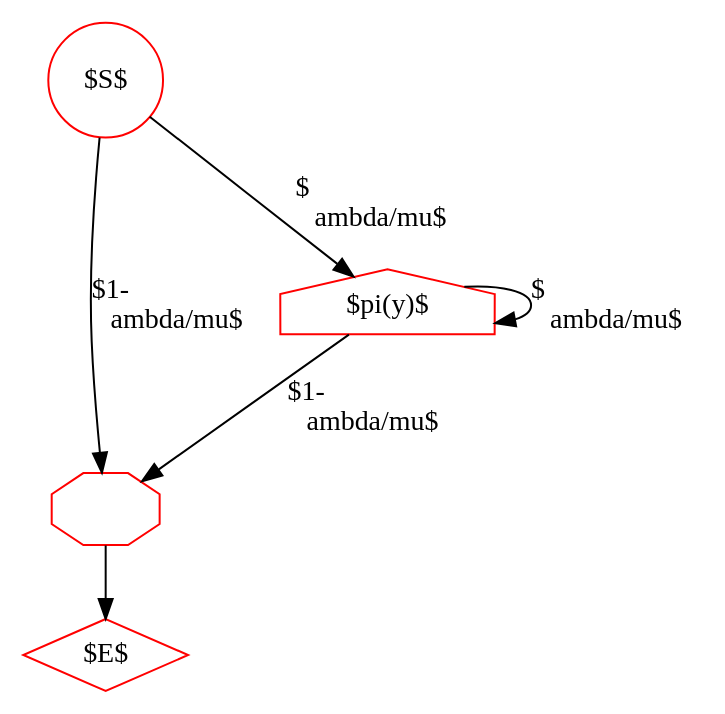
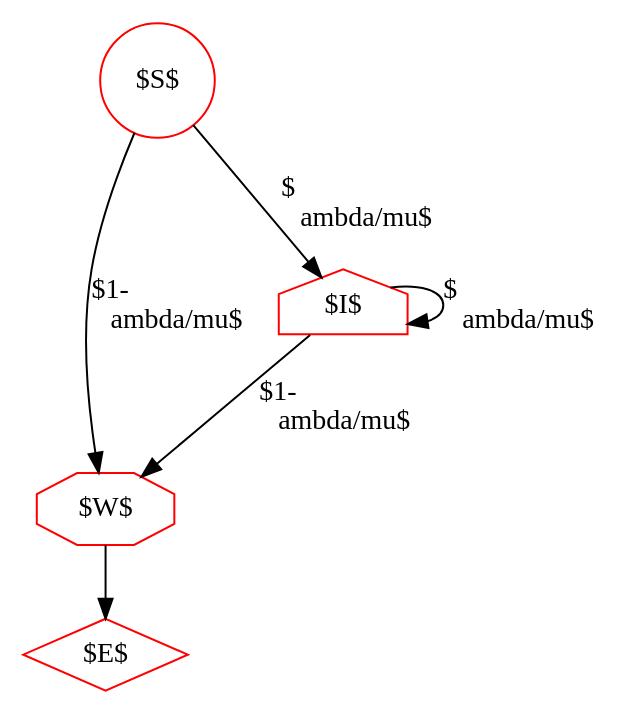
The diagram in tkf91-root.dot (ihh/transducer-tutorial), drawn with Graphviz before and after one commit. The commit also changed 7 other files, not shown here.

Commit message:
Added another missing figure, tidied things up a bit

```diff
--- a/tkf91-root.dot
+++ b/tkf91-root.dot
@@ -1,16 +1,16 @@
 digraph G {
     S [label="$S$", shape=circle, color=red];
     E [label="$E$", shape=diamond, color=red];
     
-    W [label="", shape=octagon, color=red];
+    W [label="$W$", shape=octagon, color=red];
 
-    I [label="$\pi(y)$", shape=house, color=red];
+    I [label="$I$", shape=house, color=red];
 
 S->I [label="$\lambda/\mu$"];
 I->I [label="$\lambda/\mu$"];
 S->W [label="$1-\lambda/\mu$"];
 I->W [label="$1-\lambda/\mu$"];
 W->E;
 
 
 }
```
